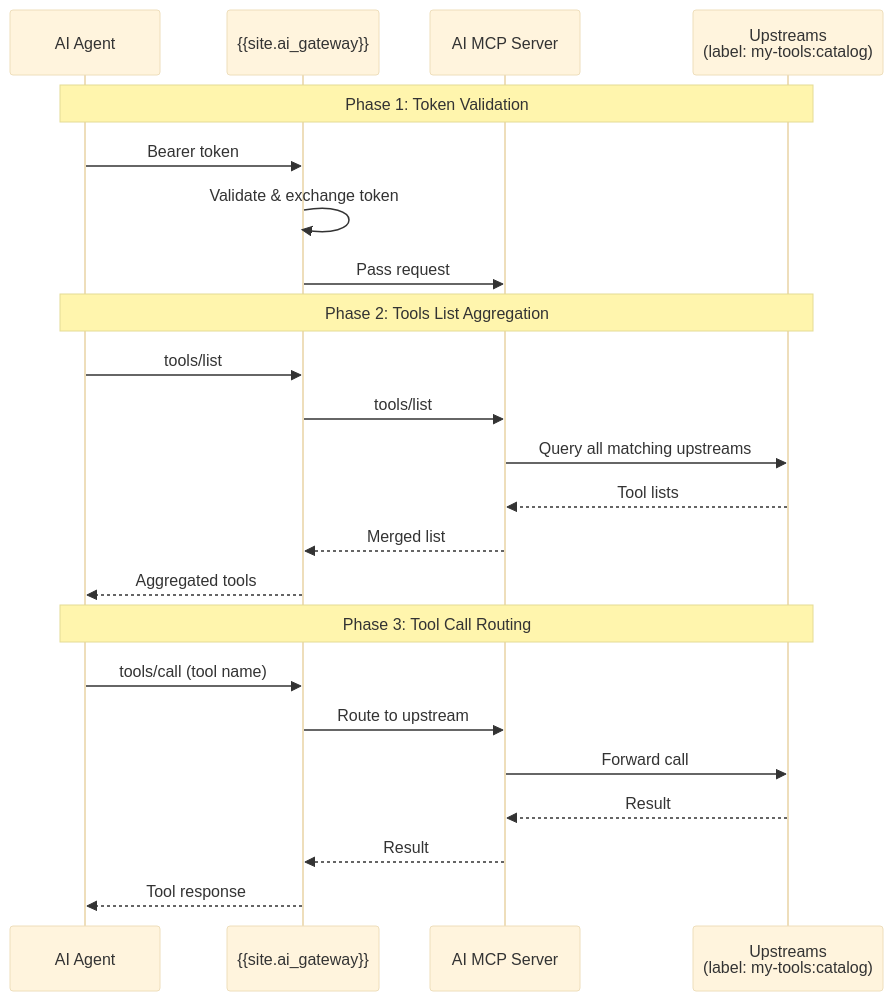
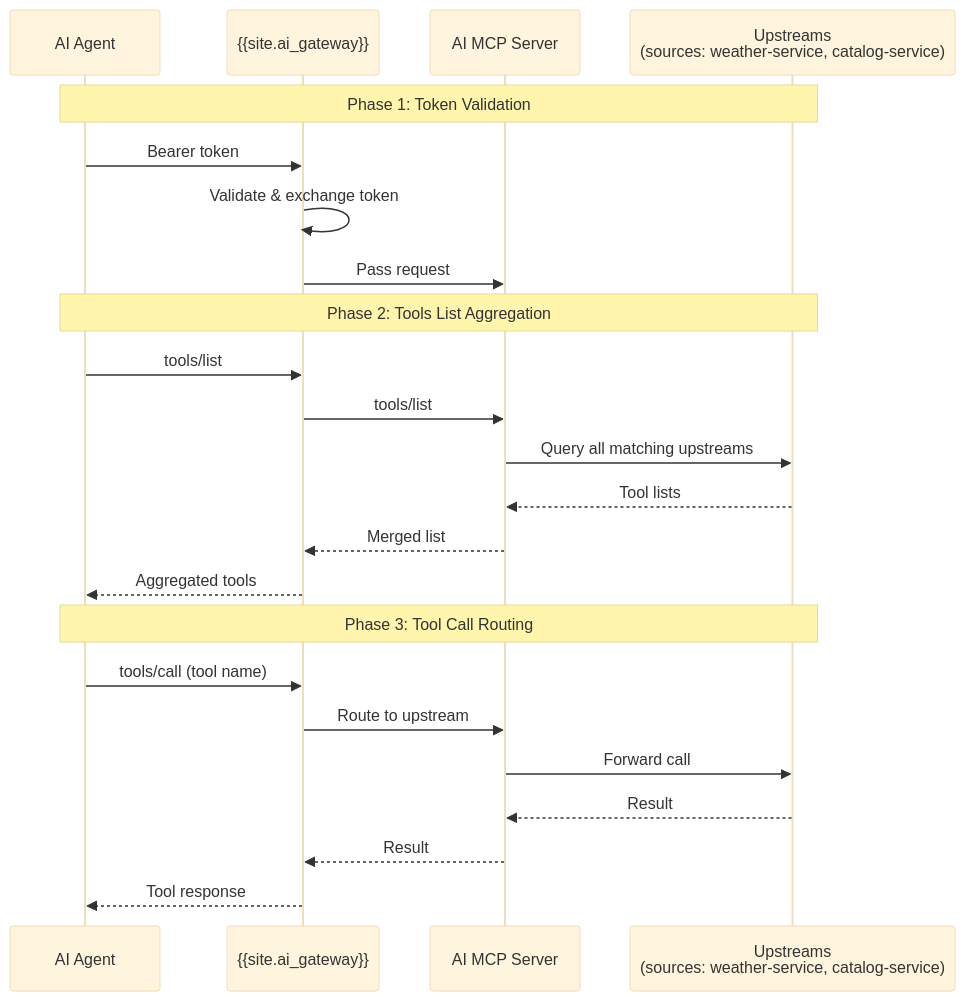
Before and after one commit to Kong/developer.konghq.com: the second of 3 diagrams in app/_ai_gateway_entities/ai-mcp-server.md, drawn with Mermaid (base theme). The commit also changed other lines of this file, not shown here.

Commit message:
rename label to sources

```diff
--- a/app/_ai_gateway_entities/ai-mcp-server.md
+++ b/app/_ai_gateway_entities/ai-mcp-server.md
@@ -269,28 +268,28 @@
 {% mermaid %}
 sequenceDiagram
     participant Agent as AI Agent
     participant Kong as {{site.ai_gateway}}
     participant Listener as AI MCP Server
-    participant Upstreams as Upstreams<br/>(label: my-tools:catalog)
+    participant Upstreams as Upstreams<br/>(sources: weather-service, catalog-service)
 
     note over Agent,Upstreams: Phase 1: Token Validation
     Agent->>Kong: Bearer token
     Kong->>Kong: Validate & exchange token
     Kong->>Listener: Pass request
 
     note over Agent,Upstreams: Phase 2: Tools List Aggregation
     Agent->>Kong: tools/list
     Kong->>Listener: tools/list
     Listener->>Upstreams: Query all matching upstreams
     Upstreams-->>Listener: Tool lists
     Listener-->>Kong: Merged list
     Kong-->>Agent: Aggregated tools
 
     note over Agent,Upstreams: Phase 3: Tool Call Routing
     Agent->>Kong: tools/call (tool name)
     Kong->>Listener: Route to upstream
     Listener->>Upstreams: Forward call
     Upstreams-->>Listener: Result
     Listener-->>Kong: Result
     Kong-->>Agent: Tool response
 {% endmermaid %}
```
